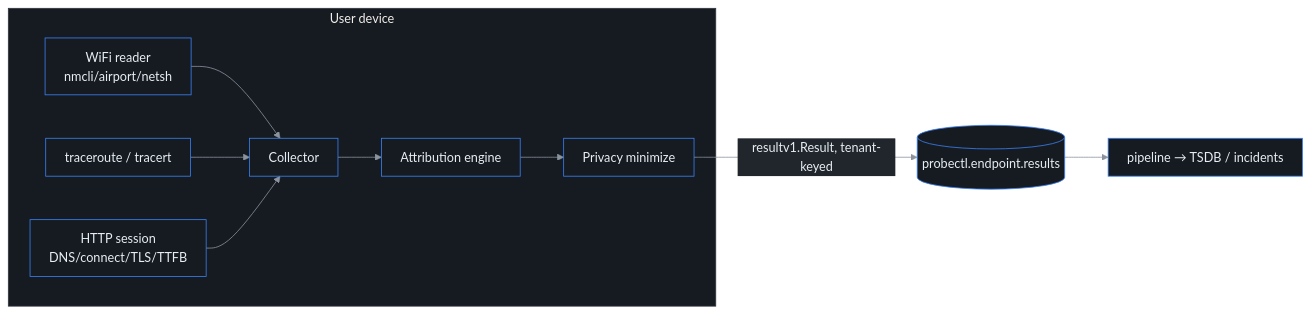
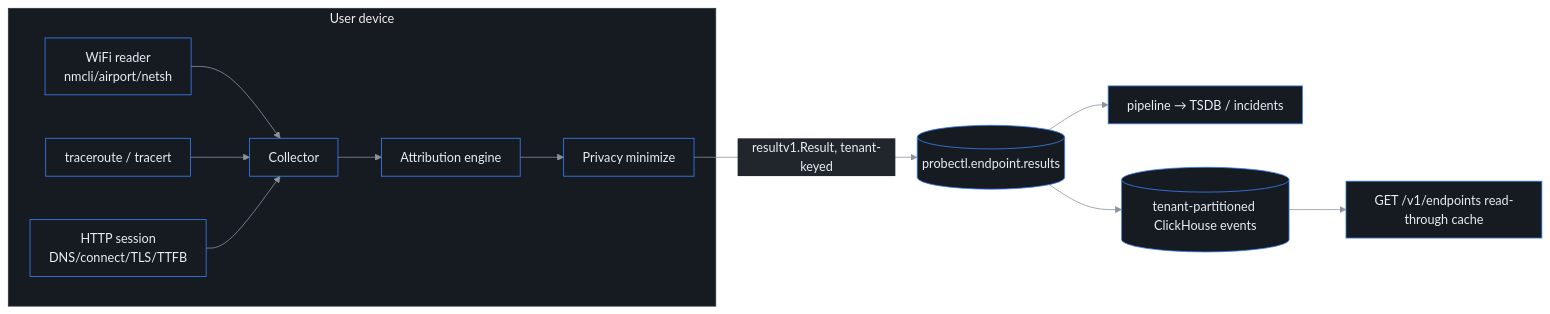
Before and after one commit to ctlplne/probectl: the diagram in docs/endpoint-dem.md, drawn with Mermaid. The commit also changed other lines of this file and 36 other files, not shown here.

````diff
--- a/docs/endpoint-dem.md
+++ b/docs/endpoint-dem.md
@@ -23,13 +23,15 @@
 ```mermaid
 %%{init: {'theme':'base','themeVariables':{'background':'#0d1117','primaryColor':'#161b22','primaryTextColor':'#e6edf3','primaryBorderColor':'#3b82f6','lineColor':'#8b949e','secondaryColor':'#21262d','tertiaryColor':'#0d1117','clusterBkg':'#161b22','clusterBorder':'#30363d','fontFamily':'ui-monospace, SFMono-Regular, Menlo, monospace'},'flowchart':{'curve':'basis','nodeSpacing':55,'rankSpacing':55,'padding':12}}}%%
 flowchart LR
   subgraph device[User device]
     W[WiFi reader\nnmcli/airport/netsh] --> C[Collector]
     T[traceroute / tracert] --> C
     H[HTTP session\nDNS/connect/TLS/TTFB] --> C
     C --> A[Attribution engine]
     A --> P[Privacy minimize]
   end
   P -->|resultv1.Result, tenant-keyed| B[(probectl.endpoint.results)]
   B --> PIPE[pipeline → TSDB / incidents]
+  B --> CH[(tenant-partitioned ClickHouse events)]
+  CH --> API[GET /v1/endpoints read-through cache]
 ```
````
